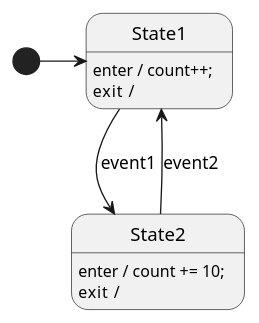
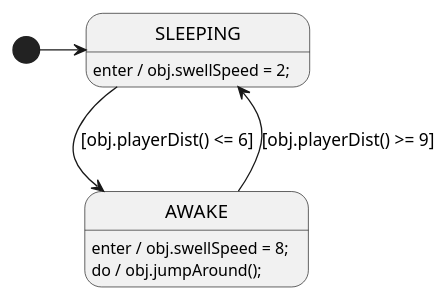
One commit to adamfk/LittleJS changed the diagram in examples/platformer/enemy1/Enemy1Sm.plantuml. Above: the diagram before and after it, drawn with PlantUML. The commit also changed 4 other files, not shown here.

Commit message:
sleeping and awake

```diff
--- a/examples/platformer/enemy1/Enemy1Sm.plantuml
+++ b/examples/platformer/enemy1/Enemy1Sm.plantuml
@@ -1,48 +1,39 @@
 @startuml Enemy1Sm
 
 ' //////////////////////// STATE ORGANIZATION ///////////////////////
 ' Note: StateSmith treats state names and events as case insensitive.
 ' More info: https://github.com/StateSmith/StateSmith/wiki/PlantUML
 
-[*] -> State1
-state State1
-state State2
+state SLEEPING
+state AWAKE
+' state HUNTING
+
+[*] -> SLEEPING
 
 
 ' ///////////////////////// STATE HANDLERS /////////////////////////
 ' Syntax: https://github.com/StateSmith/StateSmith/wiki/Behaviors
 
-' State1
-State1: enter / count++;
-State1: exit  / 
-State1 --> State2 : event1
+SLEEPING: enter / obj.swellSpeed = 2;
+SLEEPING --> AWAKE: [obj.playerDist() <= 6]
 
-' State2
-State2: enter / count += 10;
-State2: exit  / 
-State2 --> State1 : event2
+AWAKE: enter / obj.swellSpeed = 8;
+AWAKE: do / obj.jumpAround();
+AWAKE --> SLEEPING: [obj.playerDist() >= 9]
+' AWAKE --> JUMPING: [obj.playerDist() <= 4]
 
 
 ' //////////////////////// StateSmith config ////////////////////////
 ' The below special comment block sets the StateSmith configuration.
 ' More info: https://github.com/StateSmith/StateSmith/issues/335
 
 /'! $CONFIG : toml
+[SmRunnerSettings]
+transpilerId = "JavaScript"
 
 [RenderConfig]
-FileTop = """
-    // Whatever you put in this `FileTop` section will end up 
-    // being printed at the top of every generated code file.
+AutoExpandedVars = """
+    obj: null, // need to set this to instance of Enemy1 before calling start()
     """
-AutoExpandedVars = """
-    count: 0, // this var can be referenced in diagram
-    """
-
-[RenderConfig.JavaScript]
-# ExtendsSuperClass = "MyUserBaseClass"
-# UseExportOnClass = true
-
-[SmRunnerSettings]
-transpilerId = "JavaScript"
 '/
 @enduml
```
